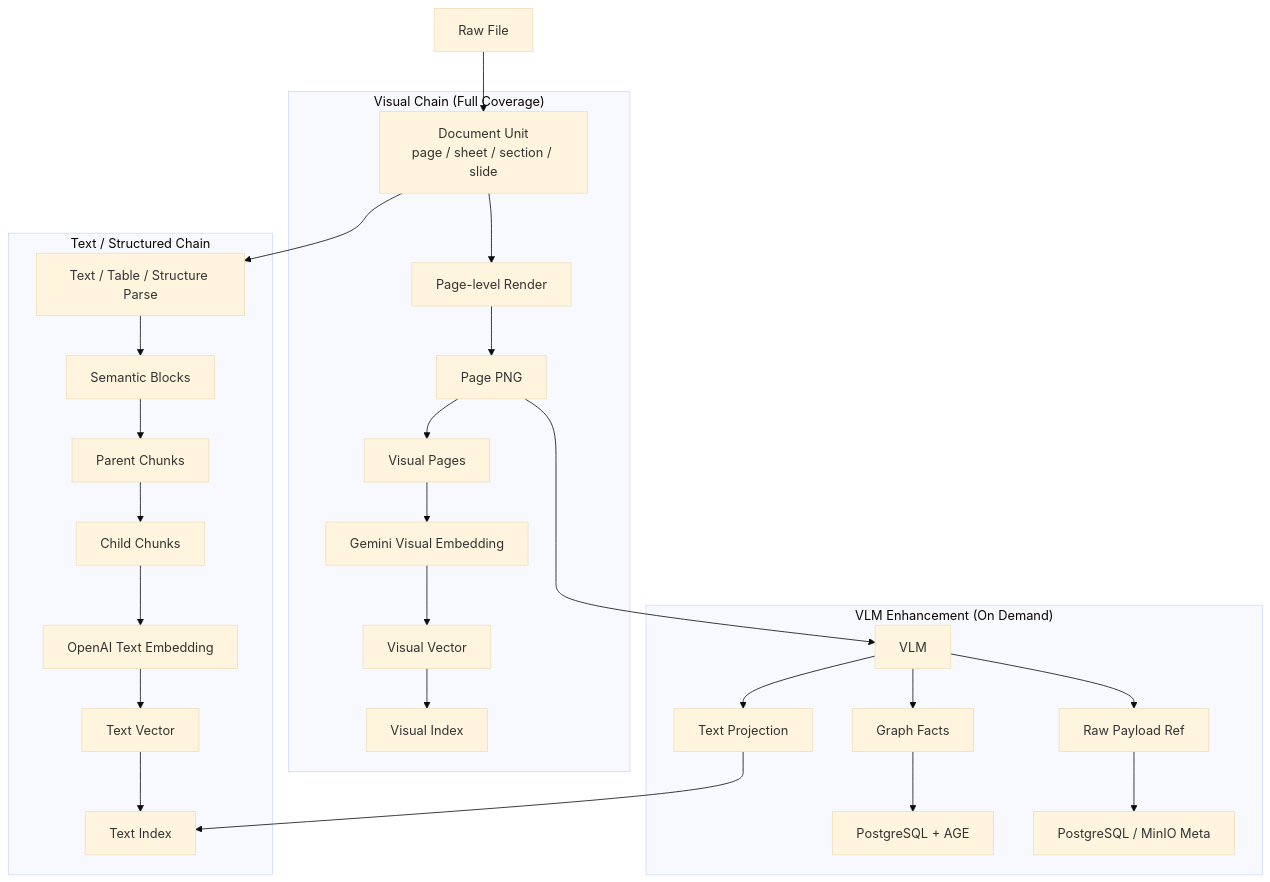
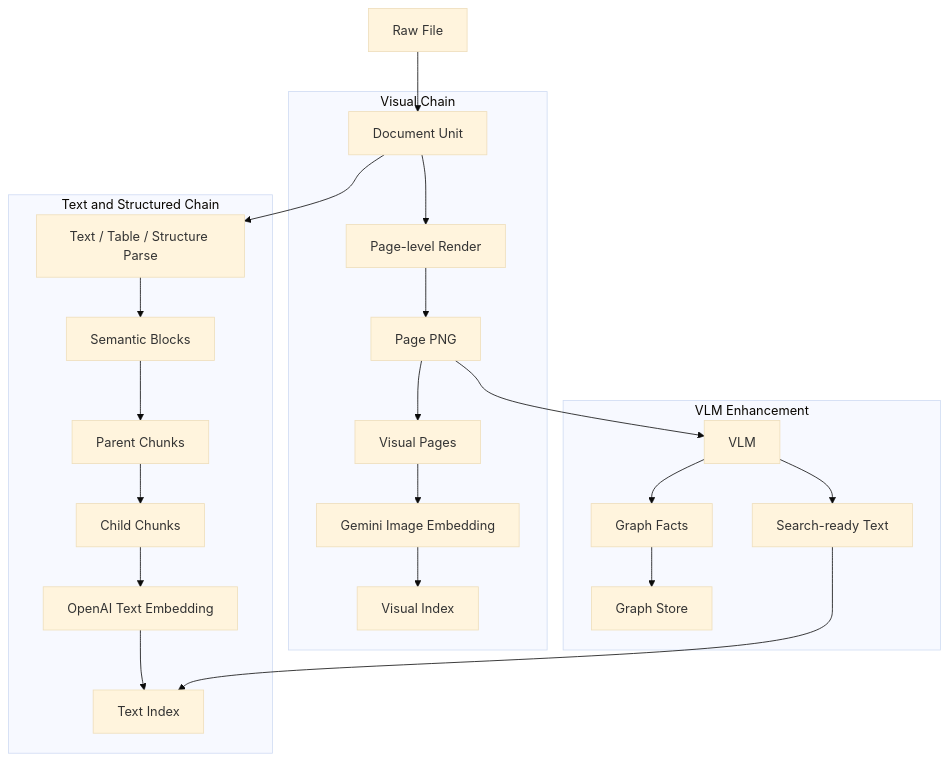
One commit to tiand23/AIKnowledgeBaseNew changed the second of 9 diagrams in README_en.md. Above: the diagram before and after it, drawn with Mermaid (base theme). The commit also changed other lines of this file and 2 other files, not shown here.

````diff
--- a/README_en.md
+++ b/README_en.md
@@ -99,57 +111,49 @@
 ```mermaid
 flowchart TD
     F["Raw File"]
-    DU["Document Unit\npage / sheet / section / slide"]
+    DU["Document Unit"]
 
     F --> DU
 
-    subgraph VIS["Visual Chain (Full Coverage)"]
+    subgraph VIS["Visual Chain"]
         R["Page-level Render"]
         PNG["Page PNG"]
         VP["Visual Pages"]
-        GVE["Gemini Visual Embedding"]
-        VV["Visual Vector"]
+        VE["Gemini Image Embedding"]
         VI["Visual Index"]
 
         DU --> R
         R --> PNG
         PNG --> VP
-        VP --> GVE
-        GVE --> VV
-        VV --> VI
+        VP --> VE
+        VE --> VI
     end
 
-    subgraph TXT["Text / Structured Chain"]
+    subgraph TXT["Text and Structured Chain"]
         P["Text / Table / Structure Parse"]
         SB["Semantic Blocks"]
         PC["Parent Chunks"]
         CC["Child Chunks"]
-        OTE["OpenAI Text Embedding"]
-        TV["Text Vector"]
+        TE["OpenAI Text Embedding"]
         TI["Text Index"]
 
         DU --> P
         P --> SB
         SB --> PC
         PC --> CC
-        CC --> OTE
-        OTE --> TV
-        TV --> TI
+        CC --> TE
+        TE --> TI
     end
 
-    subgraph ENH["VLM Enhancement (On Demand)"]
-        VLM2["VLM"]
-        TP["Text Projection"]
+    subgraph ENH["VLM Enhancement"]
+        VLM["VLM"]
+        TP["Search-ready Text"]
         GF["Graph Facts"]
-        RAW["Raw Payload Ref"]
 
-        PNG --> VLM2
-        VLM2 --> TP
-        VLM2 --> GF
-        VLM2 --> RAW
-
+        PNG --> VLM
+        VLM --> TP
+        VLM --> GF
         TP --> TI
-        GF --> AGE2["PostgreSQL + AGE"]
-        RAW --> META["PostgreSQL / MinIO Meta"]
+        GF --> GS["Graph Store"]
     end
 ```
````
